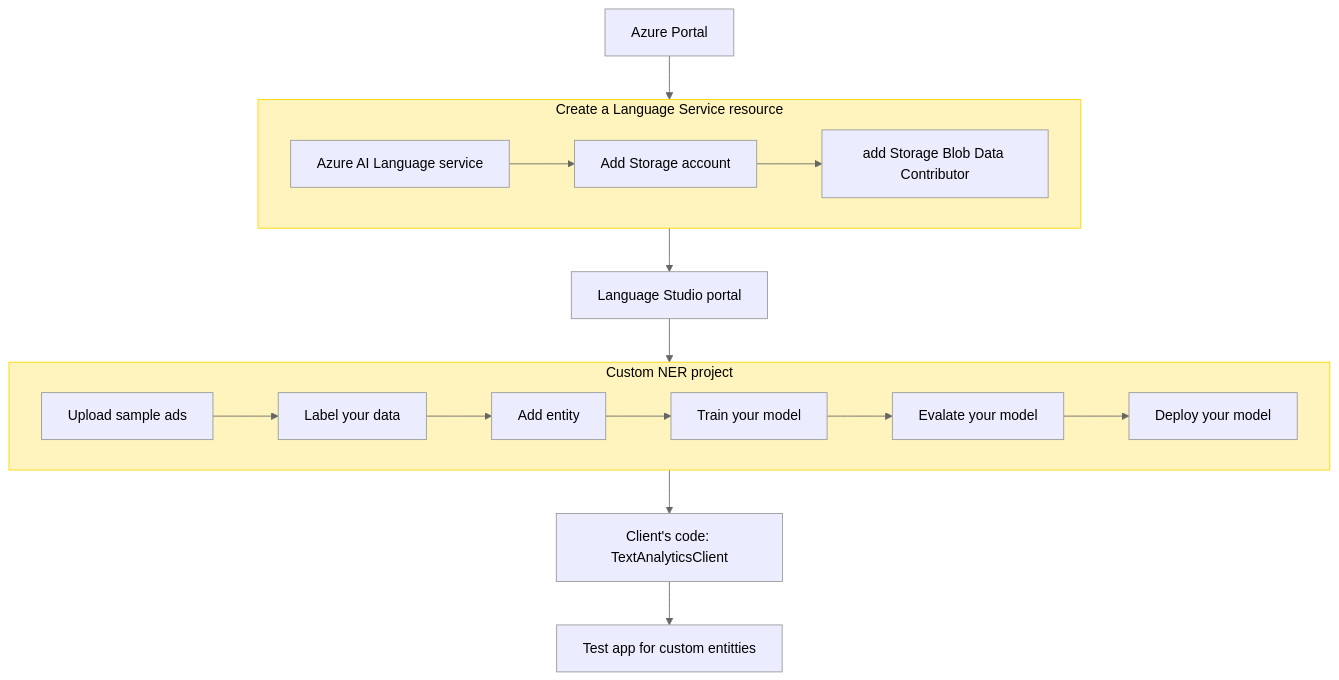
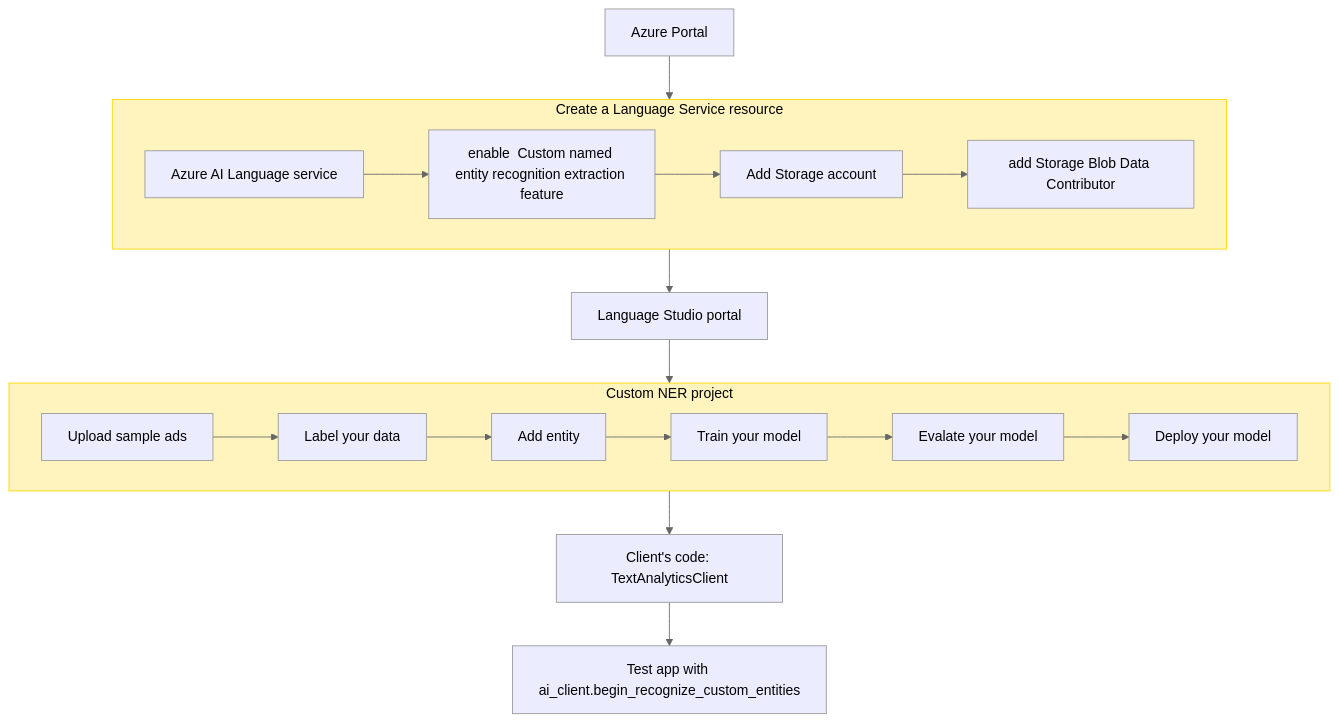
Before and after one commit to dasung/AI-102: the sixth of 8 diagrams in ai_nlp_dic.md, drawn with Mermaid (neutral theme). The commit also changed other lines of this file and 2 other files, not shown here.

````diff
--- a/ai_nlp_dic.md
+++ b/ai_nlp_dic.md
@@ -354,29 +362,31 @@
 ```mermaid
 flowchart TD
    subgraph Horizontal1[Create&nbsp;a&nbsp;Language&nbsp;Service&nbsp;resource]
       direction LR
-      X[Azure AI Language service]:::box --> Y[Add Storage account]:::box
+      X[Azure AI Language service]:::box --> N[enable  Custom named entity recognition extraction feature]:::box
+      N --> Y[Add Storage account]:::box
       Y --> Z[add Storage Blob Data Contributor]:::box
+      
    end
    subgraph Horizontal2[Custom NER project]
       direction LR
       M[Upload sample ads]:::box
       C[Label your data]:::box
       D[Add entity]:::box
       E[Train your model]:::box
       G[Evalate your model]:::box
       H[Deploy your model]:::box
       M --> C --> D --> E --> G --> H
    end
    a[Azure Portal]:::box --> Horizontal1
    Horizontal1 --> A
    A[Language Studio portal]:::box
    A --> Horizontal2 --> F[Client's code: TextAnalyticsClient ]:::box
-   F --> K[Test app for custom entitties]:::box
+   F --> K[Test app with ai_client.begin_recognize_custom_entities]:::box
 
      %% Styling
     classDef box fill:#ECECFF,color:black
     classDef green-step fill:#107C10,color:white,stroke:#107C10
     style Horizontal1 fill:#FFF4BD,color:black,stroke:#FFD700,stroke-width:1px
     style Horizontal2 fill:#FFF4BD,color:black,stroke:#FFD700,stroke-width:1px
 ```
````
